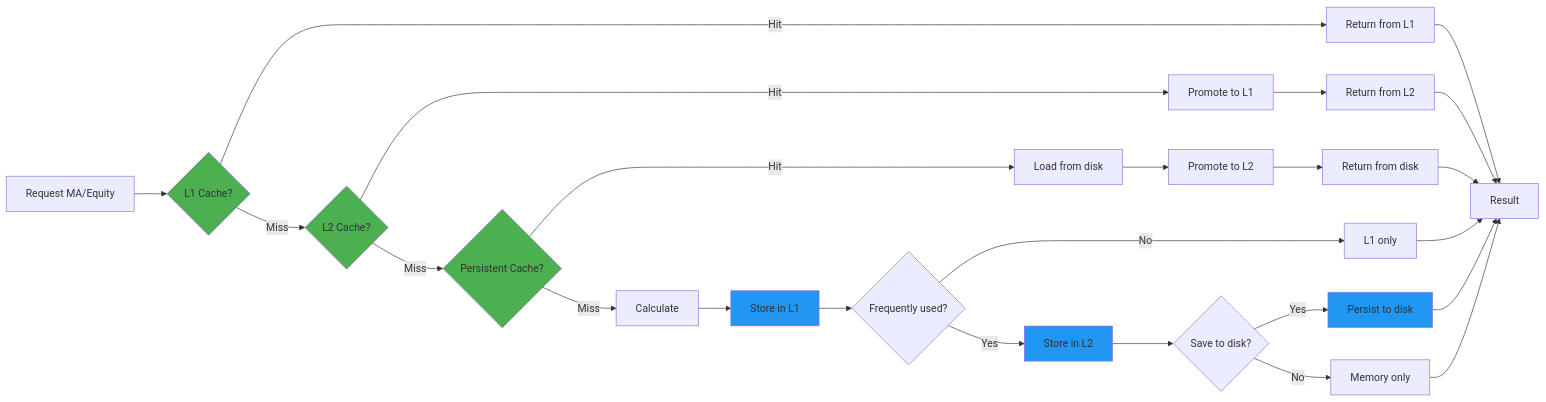
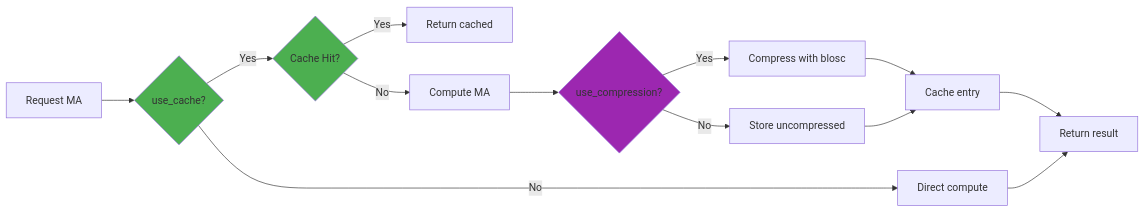
One commit to Nguyenthang2292/Sovereign-IQ changed the tenth of 12 diagrams in modules/adaptive_trend_LTS/docs/optimization_flow_diagram.md. Above: the diagram before and after it, drawn with Mermaid. The commit also changed other lines of this file and 81 other files, not shown here.

````diff
--- a/modules/adaptive_trend_LTS/docs/optimization_flow_diagram.md
+++ b/modules/adaptive_trend_LTS/docs/optimization_flow_diagram.md
@@ -338,39 +420,25 @@
 ```mermaid
 graph LR
-    A[Request MA/Equity] --> B{L1 Cache?}
+    A[Request MA] --> B{use_cache?}
 
-    B -->|Hit| C[Return from L1]
-    B -->|Miss| D{L2 Cache?}
+    B -->|No| Z[Direct compute]
+    B -->|Yes| C{Cache Hit?}
 
-    D -->|Hit| E[Promote to L1]
-    E --> F[Return from L2]
+    C -->|Yes| D[Return cached]
+    C -->|No| E[Compute MA]
 
-    D -->|Miss| G{Persistent Cache?}
-    G -->|Hit| H[Load from disk]
-    H --> I[Promote to L2]
-    I --> J[Return from disk]
+    E --> F{use_compression?}
+    F -->|Yes| G[Compress with blosc]
+    F -->|No| H[Store uncompressed]
 
-    G -->|Miss| K[Calculate]
-    K --> L[Store in L1]
-    L --> M{Frequently used?}
-    M -->|Yes| N[Store in L2]
-    M -->|No| O[L1 only]
+    G --> I[Cache entry]
+    H --> I
 
-    N --> P{Save to disk?}
-    P -->|Yes| Q[Persist to disk]
-    P -->|No| R[Memory only]
+    I --> J[Return result]
 
-    C --> S[Result]
-    F --> S
-    J --> S
-    O --> S
-    Q --> S
-    R --> S
+    Z --> J
 
     style B fill:#4CAF50
-    style D fill:#4CAF50
-    style G fill:#4CAF50
-    style L fill:#2196F3
-    style N fill:#2196F3
-    style Q fill:#2196F3
+    style C fill:#4CAF50
+    style F fill:#9C27B0
 ```
````
